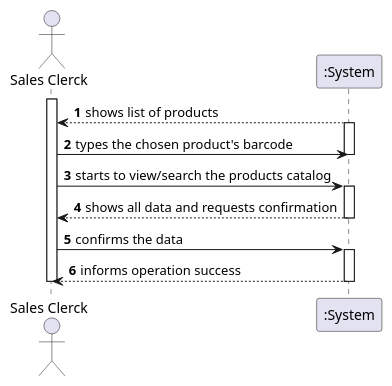
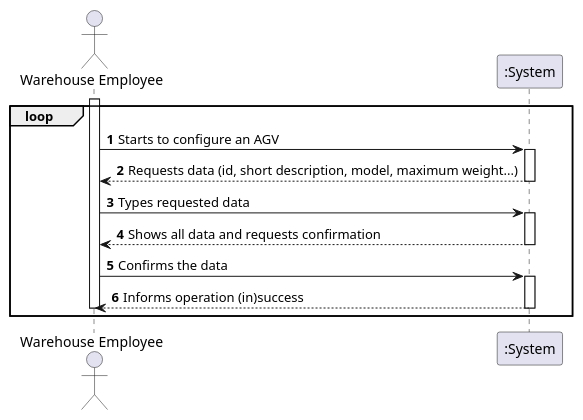
Before and after one commit to marttuga/LAPR4-SmartSystems: the diagram in docs/Sprint2/US2002/US2002_SSD.puml, drawn with PlantUML. The commit also changed 3 other files, not shown here.

```diff
--- a/docs/Sprint2/US2002/US2002_SSD.puml
+++ b/docs/Sprint2/US2002/US2002_SSD.puml
@@ -1,27 +1,29 @@
 @startuml
 autonumber
-actor "Sales Clerck" as SC
+actor "Warehouse Employee" as WE
 
-activate SC
+loop
+activate WE
 
-":System" --> SC : shows list of products
+WE -> ":System" : Starts to configure an AGV
 activate ":System"
 
-SC -> ":System" : types the chosen product's barcode
+":System" --> WE : Requests data (id, short description, model, maximum weight...)
 deactivate ":System"
 
-SC -> ":System" : starts to view/search the products catalog
+WE -> ":System" : Types requested data
 activate ":System"
 
-":System" --> SC :shows all data and requests confirmation
+":System" --> WE :Shows all data and requests confirmation
 deactivate ":System"
-SC -> ":System" : confirms the data
+
+WE -> ":System" : Confirms the data
 
 activate ":System"
-":System" --> SC : informs operation success
+":System" --> WE : Informs operation (in)success
 deactivate ":System"
 
-deactivate ":System"
-deactivate SC
+deactivate WE
+end loop
 
 @enduml
```
